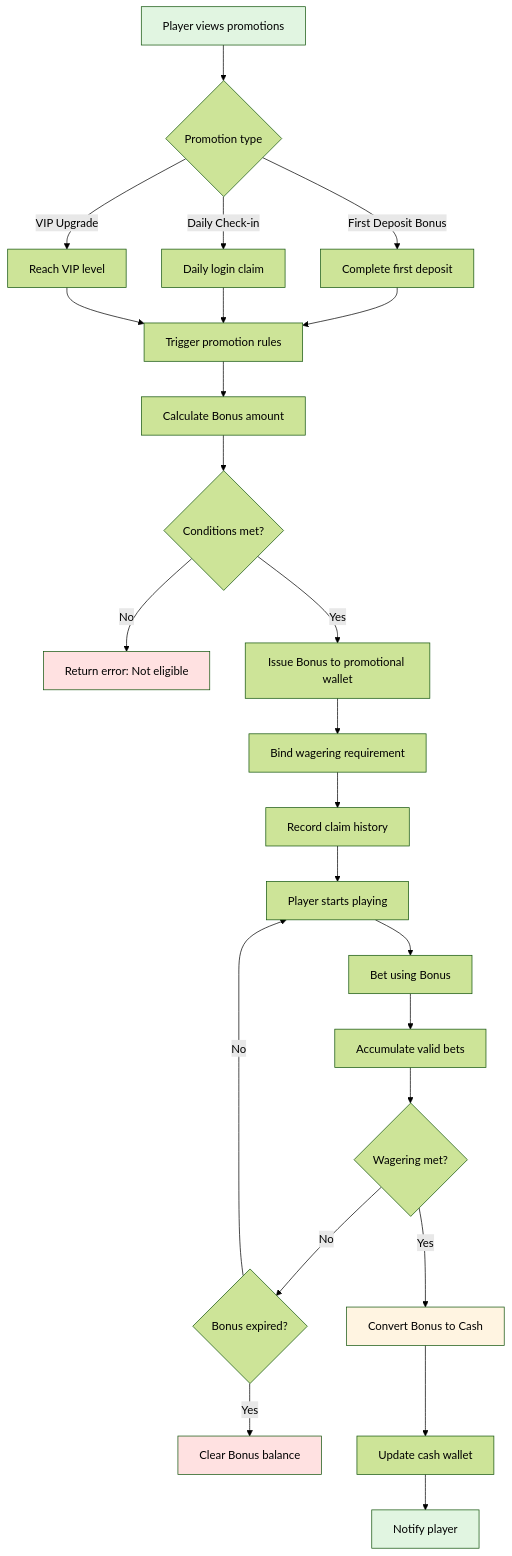
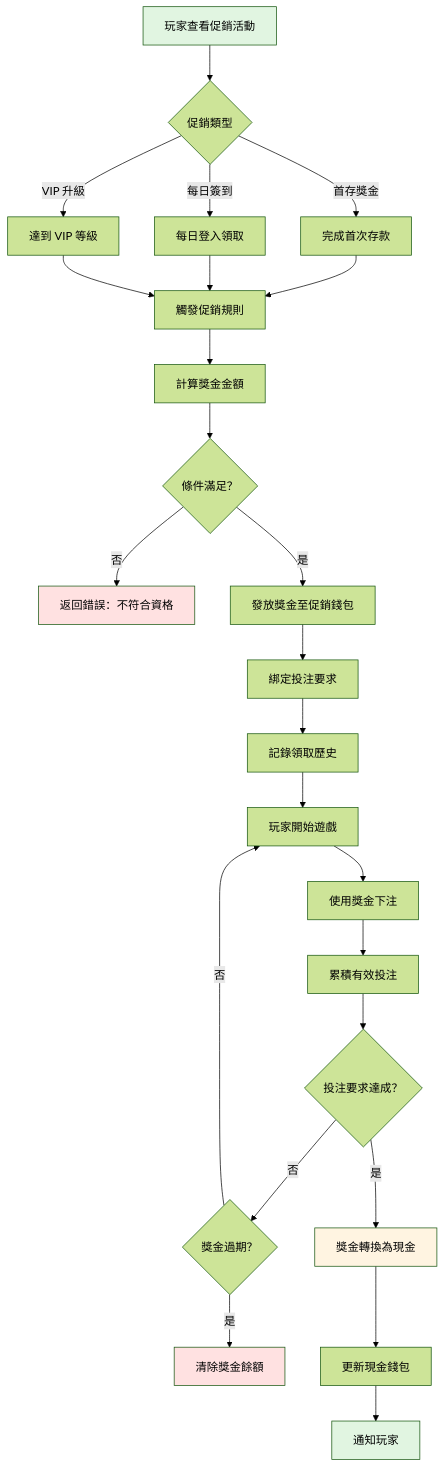
The third of 6 diagrams in docs/iGaming/requirements/01_Player_Experience/Business_Flows.md (ron03wlb/smart-admin), drawn with Mermaid (forest theme) before and after one commit. The commit also changed other lines of this file and 4 other files, not shown here.

````diff
--- a/docs/iGaming/requirements/01_Player_Experience/Business_Flows.md
+++ b/docs/iGaming/requirements/01_Player_Experience/Business_Flows.md
@@ -252,41 +252,41 @@
 ```mermaid
 flowchart TD
-    A[Player views promotions] --> B{Promotion type}
+    A[玩家查看促銷活動] --> B{促銷類型}
 
-    B -->|First Deposit Bonus| C1[Complete first deposit]
-    B -->|Daily Check-in| C2[Daily login claim]
-    B -->|VIP Upgrade| C3[Reach VIP level]
+    B -->|首存獎金| C1[完成首次存款]
+    B -->|每日簽到| C2[每日登入領取]
+    B -->|VIP 升級| C3[達到 VIP 等級]
 
-    C1 --> D[Trigger promotion rules]
+    C1 --> D[觸發促銷規則]
     C2 --> D
     C3 --> D
 
-    D --> E[Calculate Bonus amount]
-    E --> F{Conditions met?}
+    D --> E[計算獎金金額]
+    E --> F{條件滿足？}
 
-    F -->|No| G[Return error: Not eligible]
-    F -->|Yes| H[Issue Bonus to promotional wallet]
+    F -->|否| G[返回錯誤：不符合資格]
+    F -->|是| H[發放獎金至促銷錢包]
 
-    H --> I[Bind wagering requirement]
-    I --> J[Record claim history]
+    H --> I[綁定投注要求]
+    I --> J[記錄領取歷史]
 
-    J --> K[Player starts playing]
-    K --> L[Bet using Bonus]
+    J --> K[玩家開始遊戲]
+    K --> L[使用獎金下注]
 
-    L --> M[Accumulate valid bets]
-    M --> N{Wagering met?}
+    L --> M[累積有效投注]
+    M --> N{投注要求達成？}
 
-    N -->|No| O{Bonus expired?}
-    O -->|No| K
-    O -->|Yes| P[Clear Bonus balance]
+    N -->|否| O{獎金過期？}
+    O -->|否| K
+    O -->|是| P[清除獎金餘額]
 
-    N -->|Yes| Q[Convert Bonus to Cash]
-    Q --> R[Update cash wallet]
-    R --> S[Notify player]
+    N -->|是| Q[獎金轉換為現金]
+    Q --> R[更新現金錢包]
+    R --> S[通知玩家]
 
     style A fill:#e1f5e1
     style S fill:#e1f5e1
     style G fill:#ffe1e1
     style P fill:#ffe1e1
     style Q fill:#fff4e1
 ```
````
